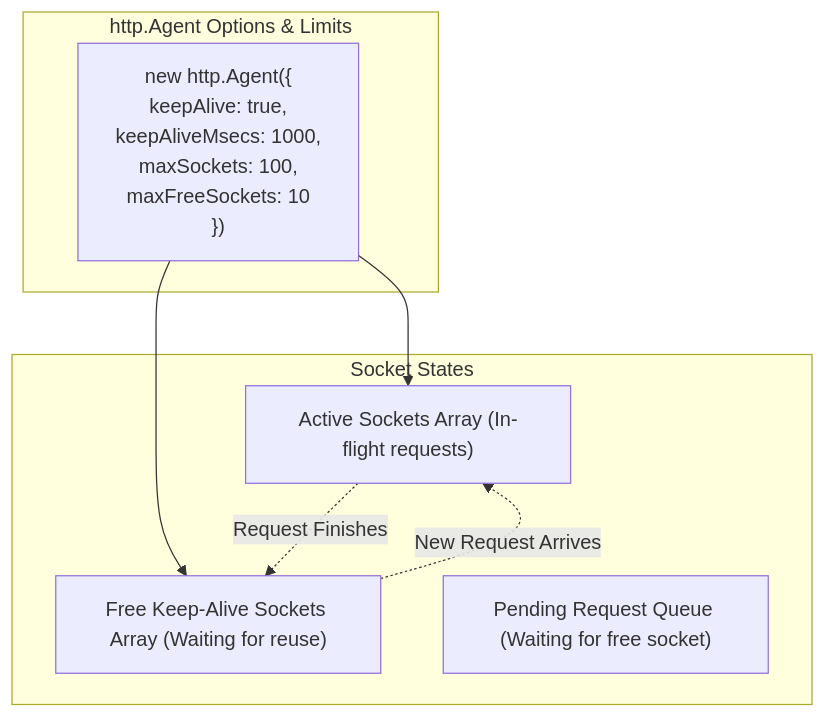
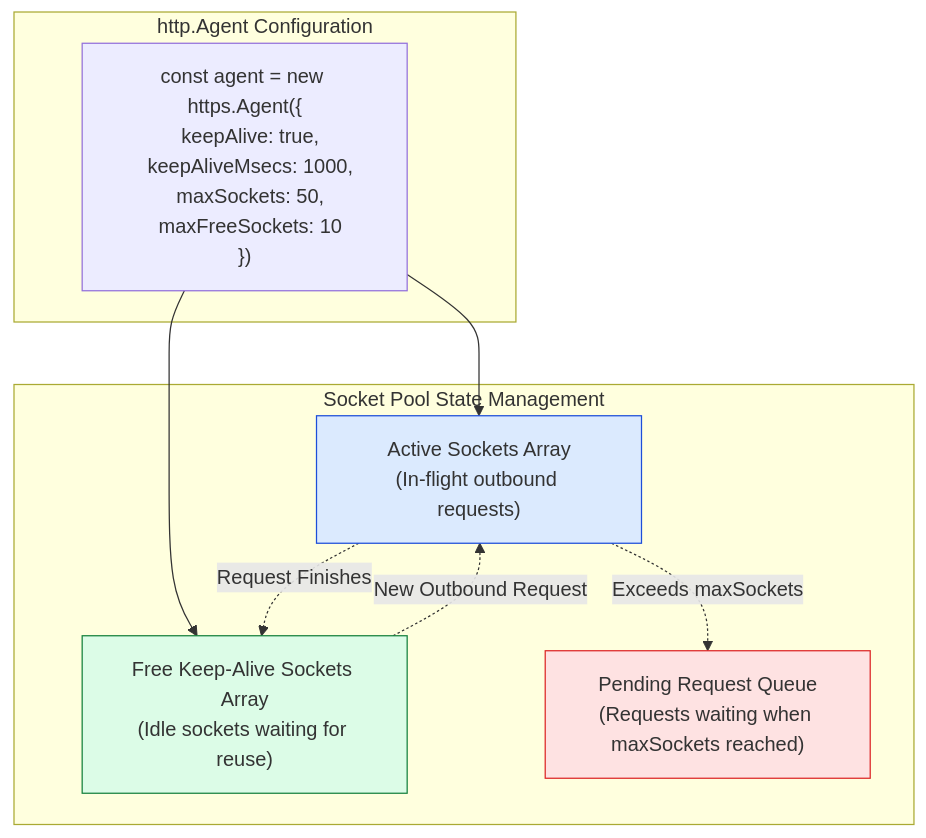
One commit to Amie-dev/engineering-playbook changed the second of 2 diagrams in nodejs-notes/13-http-client.md. Above: the diagram before and after it, drawn with Mermaid. The commit also changed other lines of this file and 31 other files, not shown here.

````diff
--- a/nodejs-notes/13-http-client.md
+++ b/nodejs-notes/13-http-client.md
@@ -47,17 +49,22 @@
 ```mermaid
 flowchart TD
-    subgraph http.Agent Options & Limits
-        PoolConfig["new http.Agent({<br/>  keepAlive: true,<br/>  keepAliveMsecs: 1000,<br/>  maxSockets: 100,<br/>  maxFreeSockets: 10<br/>})"]
+    subgraph http.Agent Configuration
+        PoolConfig["const agent = new https.Agent({<br/>  keepAlive: true,<br/>  keepAliveMsecs: 1000,<br/>  maxSockets: 50,<br/>  maxFreeSockets: 10<br/>})"]
     end
 
-    subgraph Socket States
-        ActiveSockets["Active Sockets Array (In-flight requests)"]
-        FreeSockets["Free Keep-Alive Sockets Array (Waiting for reuse)"]
-        PendingQueue["Pending Request Queue (Waiting for free socket)"]
+    subgraph Socket Pool State Management
+        ActiveSockets["Active Sockets Array<br/>(In-flight outbound requests)"]
+        FreeSockets["Free Keep-Alive Sockets Array<br/>(Idle sockets waiting for reuse)"]
+        PendingQueue["Pending Request Queue<br/>(Requests waiting when maxSockets reached)"]
     end
 
     PoolConfig --> ActiveSockets
     PoolConfig --> FreeSockets
     ActiveSockets -.->|Request Finishes| FreeSockets
-    FreeSockets -.->|New Request Arrives| ActiveSockets
+    FreeSockets -.->|New Outbound Request| ActiveSockets
+    ActiveSockets -.->|Exceeds maxSockets| PendingQueue
+
+    style ActiveSockets fill:#dbeafe,stroke:#1d4ed8
+    style FreeSockets fill:#dcfce7,stroke:#15803d
+    style PendingQueue fill:#fee2e2,stroke:#dc2626
 ```
````
